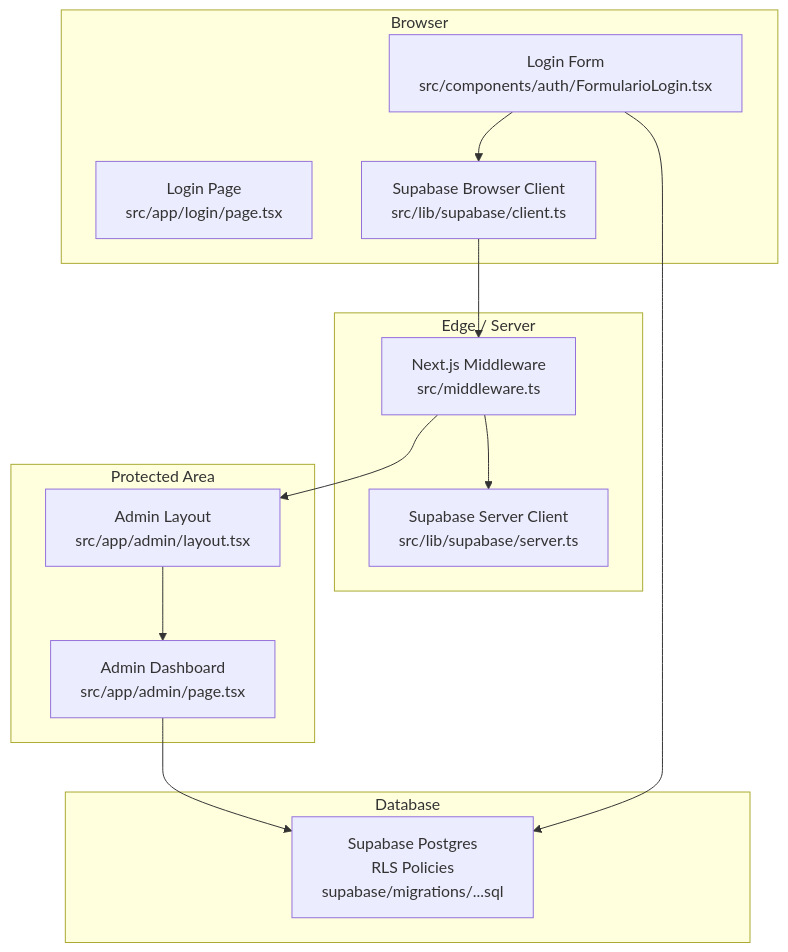
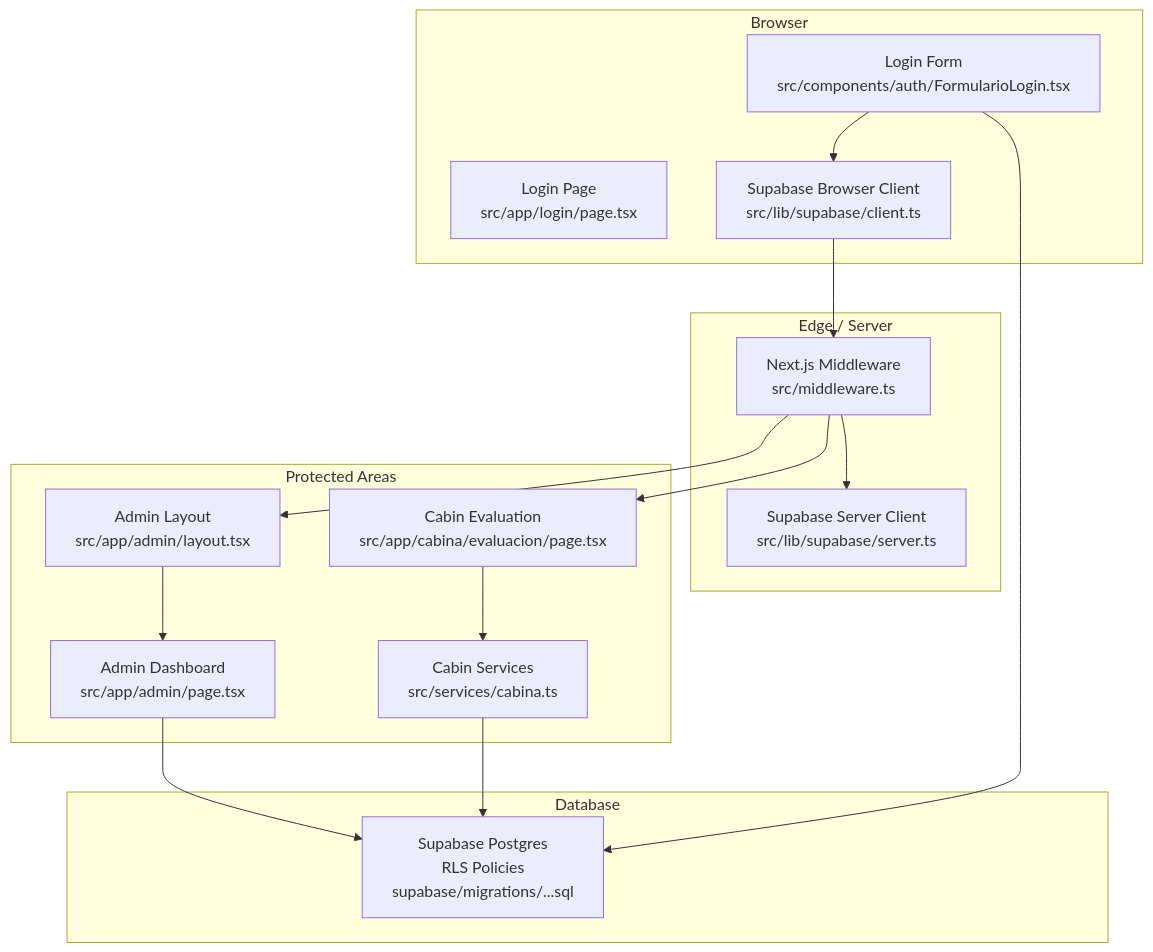
One commit to AgusCatra/simu-twin-web changed the first of 8 diagrams in .qoder/repowiki/en/content/Core Services & Business Logic/Authentication System.md. Above: the diagram before and after it, drawn with Mermaid. The commit also changed other lines of this file and 63 other files, not shown here.

````diff
--- a/.qoder/repowiki/en/content/Core Services & Business Logic/Authentication System.md
+++ b/.qoder/repowiki/en/content/Core Services & Business Logic/Authentication System.md
@@ -41,26 +50,31 @@
 ```mermaid
 graph TB
 subgraph "Browser"
 L["Login Page<br/>src/app/login/page.tsx"]
 F["Login Form<br/>src/components/auth/FormularioLogin.tsx"]
 C["Supabase Browser Client<br/>src/lib/supabase/client.ts"]
 end
 subgraph "Edge / Server"
 M["Next.js Middleware<br/>src/middleware.ts"]
 S["Supabase Server Client<br/>src/lib/supabase/server.ts"]
 end
-subgraph "Protected Area"
+subgraph "Protected Areas"
 AL["Admin Layout<br/>src/app/admin/layout.tsx"]
 AD["Admin Dashboard<br/>src/app/admin/page.tsx"]
+CL["Cabin Evaluation<br/>src/app/cabina/evaluacion/page.tsx"]
+CS["Cabin Services<br/>src/services/cabina.ts"]
 end
 subgraph "Database"
 DB["Supabase Postgres<br/>RLS Policies<br/>supabase/migrations/...sql"]
 end
 F --> C
 C --> M
 M --> S
 M --> AL
+M --> CL
 AL --> AD
+CL --> CS
 AD --> DB
+CS --> DB
 F --> DB
 ```
````
